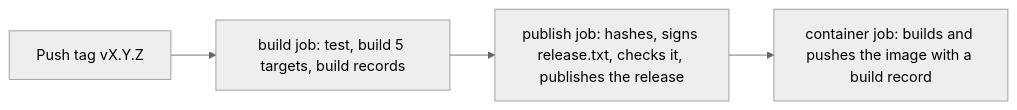
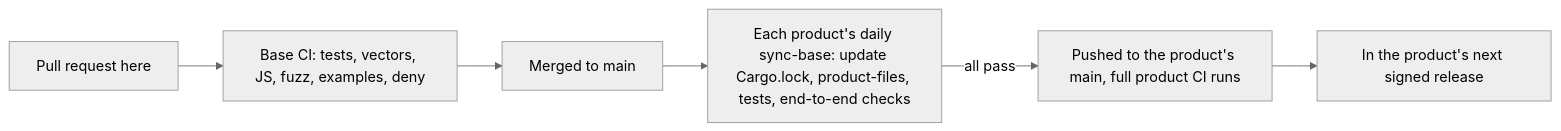
One commit to Phygital-Key/phygital-key changed the diagram in CONTRIBUTING.md. Above: the diagram before and after it, drawn with Mermaid (neutral theme). The commit also changed other lines of this file and 114 other files, not shown here.

Commit message:
Split into a shared base: the gate becomes the phygital-key-gate library (Product + Adapter), installers and release scripts become product templates; MCP moves to Phygital-Key/phygital-key-mcp, A2A is Phygital-Key/phygital-key-a2a; docs made product-neutral; v0.4.0

````diff
--- a/CONTRIBUTING.md
+++ b/CONTRIBUTING.md
@@ -122,6 +103,8 @@
 ```mermaid
 flowchart LR
-  T["Push tag vX.Y.Z"] --> CI["build job: test, build 5 targets, build records"]
-  CI --> P["publish job: hashes, signs release.txt, checks it, publishes the release"]
-  P --> C["container job: builds and pushes the image with a build record"]
+  PR["Pull request here"] --> CI["Base CI: tests, vectors, JS, fuzz, examples, deny"]
+  CI --> MAIN["Merged to main"]
+  MAIN --> SYNC["Each product's daily sync-base: update Cargo.lock, product-files, tests, end-to-end checks"]
+  SYNC -->|"all pass"| PUSH["Pushed to the product's main, full product CI runs"]
+  PUSH --> REL["In the product's next signed release"]
 ```
````
